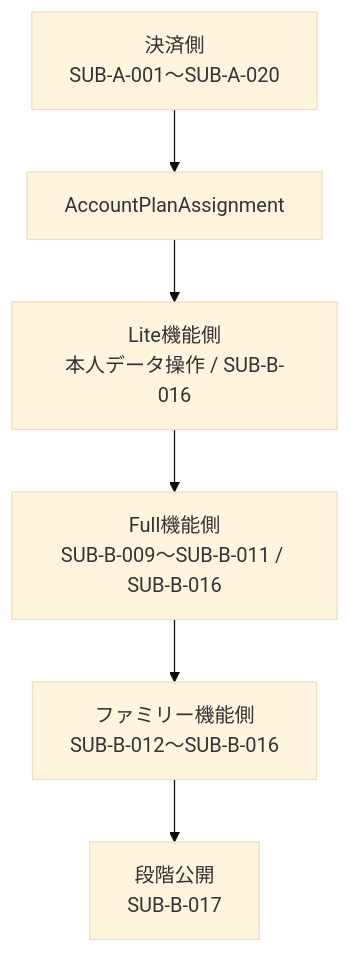
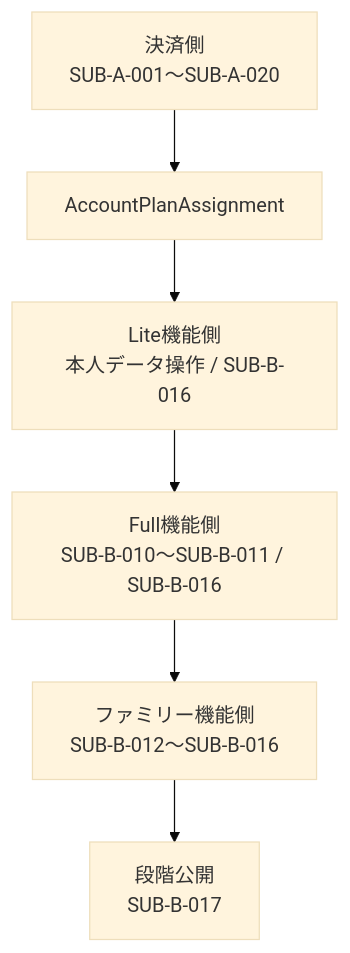
Before and after one commit to kkyosuke/me-builder: the third of 3 diagrams in docs/development/subscription-remaining-tasks.md, drawn with Mermaid (base theme). The commit also changed other lines of this file and 22 other files, not shown here.

````diff
--- a/docs/development/subscription-remaining-tasks.md
+++ b/docs/development/subscription-remaining-tasks.md
@@ -99,8 +99,8 @@
 ```mermaid
 flowchart TD
     A[決済側<br/>SUB-A-001〜SUB-A-020] --> I[AccountPlanAssignment]
     I --> L[Lite機能側<br/>本人データ操作 / SUB-B-016]
-    L --> U[Full機能側<br/>SUB-B-009〜SUB-B-011 / SUB-B-016]
+    L --> U[Full機能側<br/>SUB-B-010〜SUB-B-011 / SUB-B-016]
     U --> F[ファミリー機能側<br/>SUB-B-012〜SUB-B-016]
     F --> R[段階公開<br/>SUB-B-017]
 ```
````
